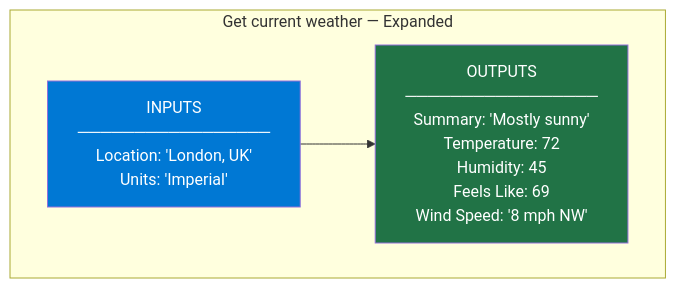
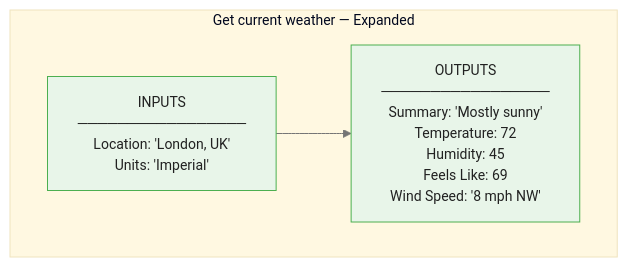
The fourth of 6 diagrams in courses/power-automate/modules/module_01_first_cloud_flow/guides/02_testing_debugging_slides.md (m-deane/course-creator), drawn with Mermaid before and after one commit. The commit also changed other lines of this file and 72 other files, not shown here.

````diff
--- a/courses/power-automate/modules/module_01_first_cloud_flow/guides/02_testing_debugging_slides.md
+++ b/courses/power-automate/modules/module_01_first_cloud_flow/guides/02_testing_debugging_slides.md
@@ -149,10 +175,9 @@
 ```mermaid
+%%{init: {"theme": "base", "themeVariables": {"primaryColor": "#e8f5e9", "primaryBorderColor": "#4caf50", "primaryTextColor": "#212121", "secondaryColor": "#e3f2fd", "tertiaryColor": "#fff8e1", "lineColor": "#757575", "fontFamily": "Inter, sans-serif", "fontSize": "14px"}}}%%
 graph TD
     subgraph "Get current weather — Expanded"
         IN["INPUTS\n─────────────────\nLocation: 'London, UK'\nUnits: 'Imperial'"]
         OUT["OUTPUTS\n─────────────────\nSummary: 'Mostly sunny'\nTemperature: 72\nHumidity: 45\nFeels Like: 69\nWind Speed: '8 mph NW'"]
     end
     IN --> OUT
-    style IN fill:#0078D4,color:#fff
-    style OUT fill:#217346,color:#fff
 ```
````
